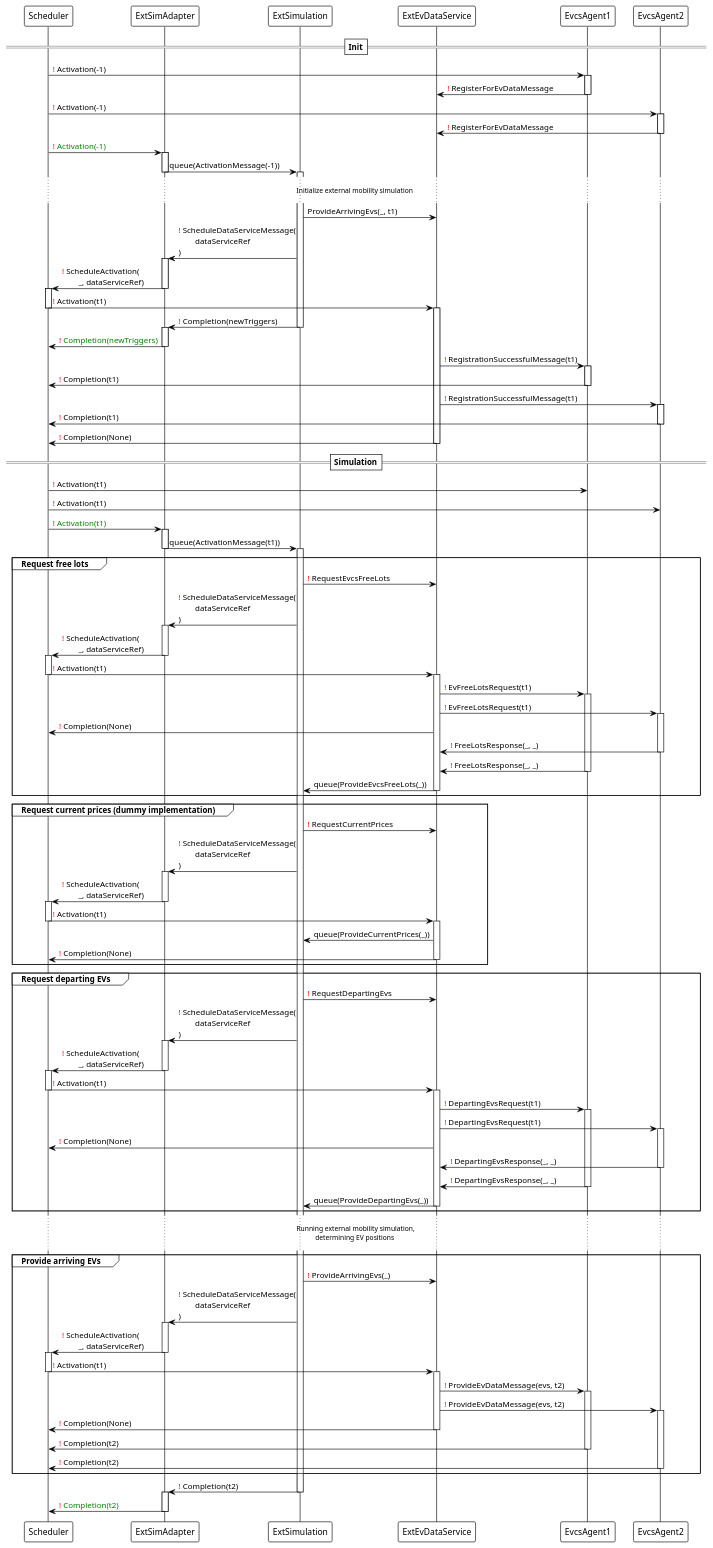
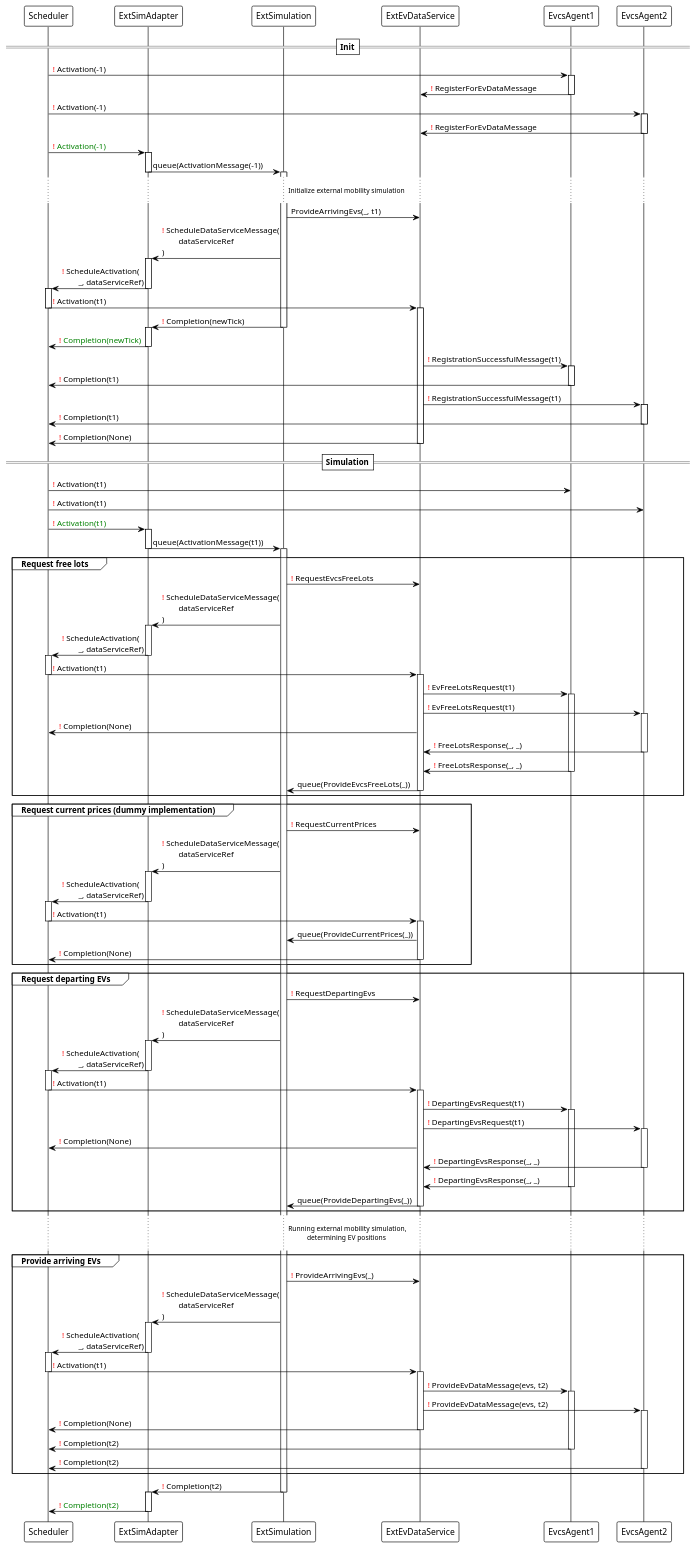
The diagram in docs/uml/protocol/ExtEvSimulationSequence.puml (ie3-institute/simona), drawn with PlantUML before and after one commit.

Commit message:
Changed newTrigger to newTick

```diff
--- a/docs/uml/protocol/ExtEvSimulationSequence.puml
+++ b/docs/uml/protocol/ExtEvSimulationSequence.puml
@@ -43,11 +43,11 @@
 deactivate Scheduler
 activate ExtEvDataService
 
-ExtSimulation -> ExtSimAdapter: <font color=red>!</font> Completion(newTriggers)
+ExtSimulation -> ExtSimAdapter: <font color=red>!</font> Completion(newTick)
 deactivate ExtSimulation
 activate ExtSimAdapter
 
-ExtSimAdapter -> Scheduler: <font color=red>!</font> <font color=green>Completion(newTriggers)</font>
+ExtSimAdapter -> Scheduler: <font color=red>!</font> <font color=green>Completion(newTick)</font>
 deactivate ExtSimAdapter
 
 ExtEvDataService -> EvcsAgent1: <font color=red>!</font> RegistrationSuccessfulMessage(t1)
```
